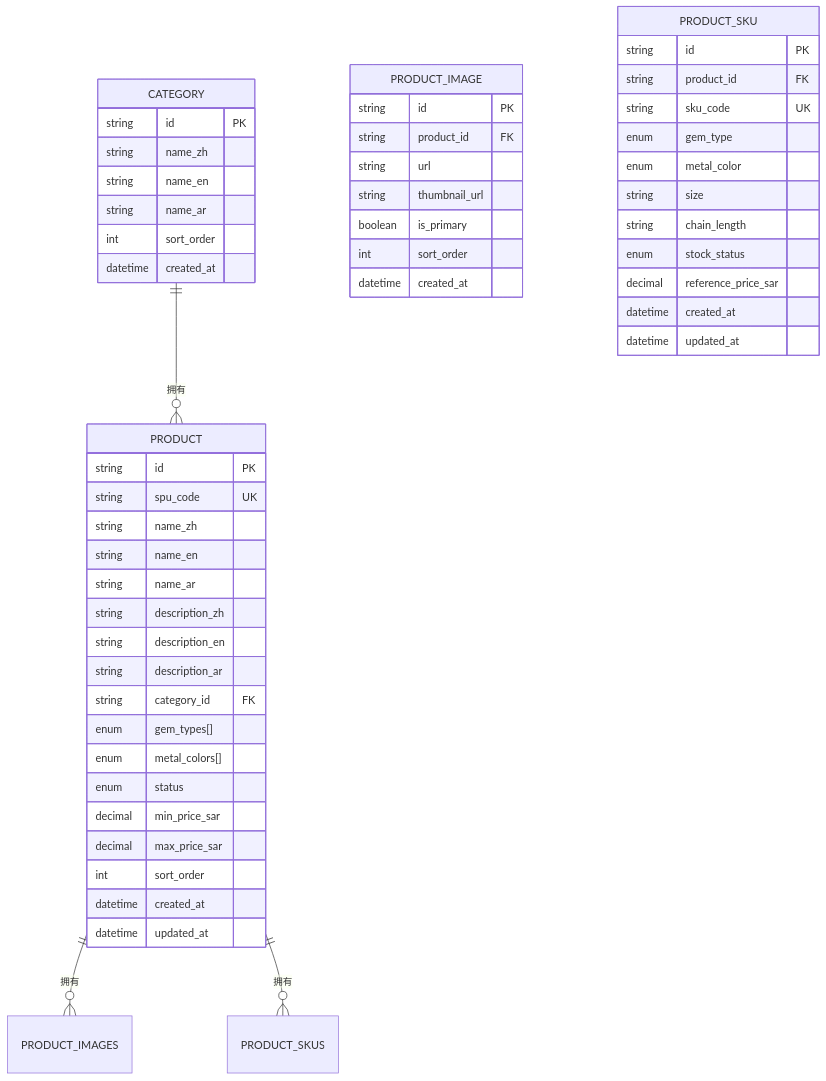
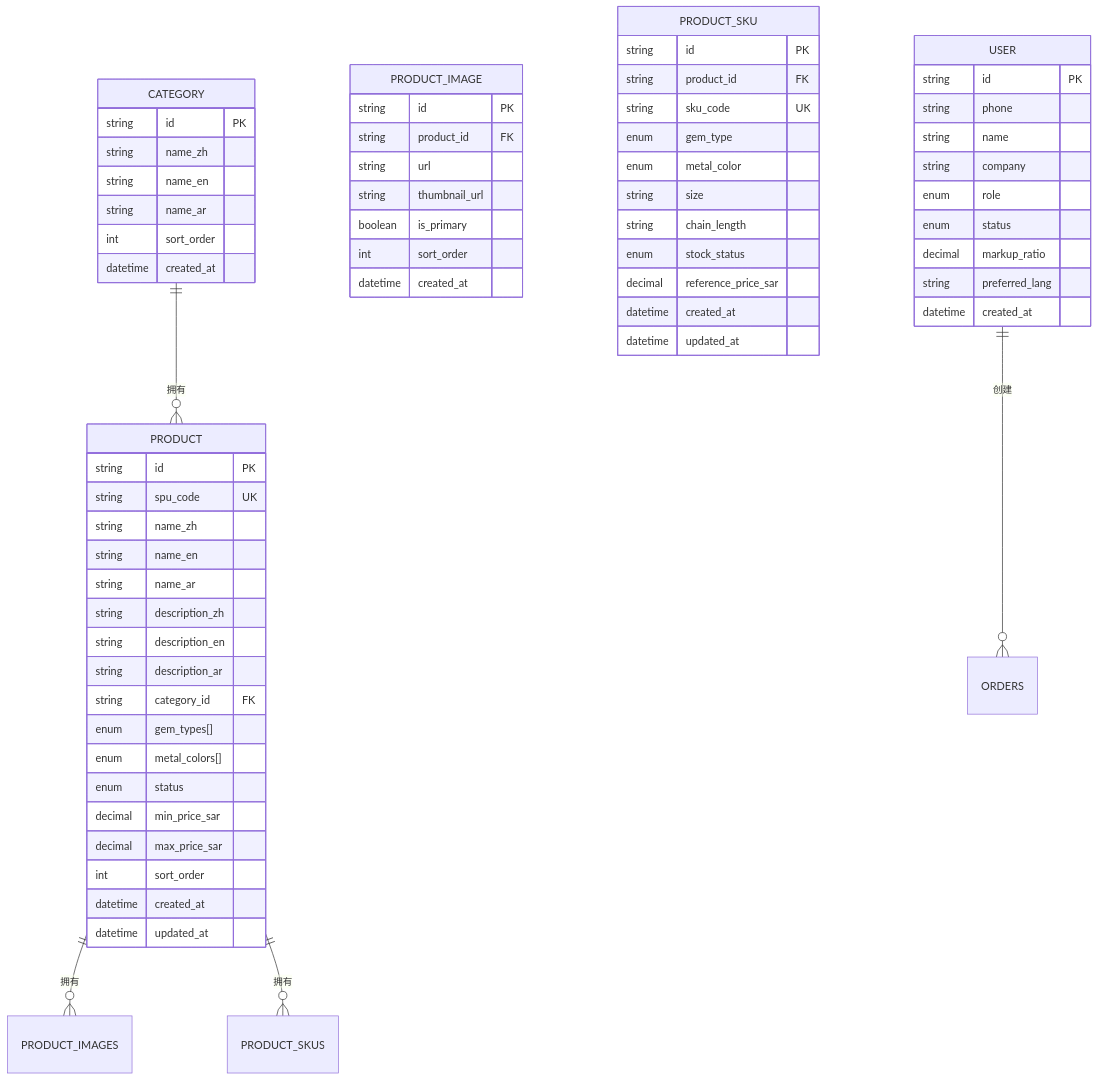
The third of 9 diagrams in .qoder/repowiki/zh/content/前台商店系统/商品展示系统/商品展示系统.md (three3638-arch/celestia_2b), drawn with Mermaid before and after one commit. The commit also changed other lines of this file and 6 other files, not shown here.

Commit message:
fix: logout redirect + feat: customer markup ratio on product prices

````diff
--- a/.qoder/repowiki/zh/content/前台商店系统/商品展示系统/商品展示系统.md
+++ b/.qoder/repowiki/zh/content/前台商店系统/商品展示系统/商品展示系统.md
@@ -209,55 +253,67 @@
 ```mermaid
 erDiagram
 CATEGORY {
 string id PK
 string name_zh
 string name_en
 string name_ar
 int sort_order
 datetime created_at
 }
 PRODUCT {
 string id PK
 string spu_code UK
 string name_zh
 string name_en
 string name_ar
 string description_zh
 string description_en
 string description_ar
 string category_id FK
 enum gem_types[]
 enum metal_colors[]
 enum status
 decimal min_price_sar
 decimal max_price_sar
 int sort_order
 datetime created_at
 datetime updated_at
 }
 PRODUCT_IMAGE {
 string id PK
 string product_id FK
 string url
 string thumbnail_url
 boolean is_primary
 int sort_order
 datetime created_at
 }
 PRODUCT_SKU {
 string id PK
 string product_id FK
 string sku_code UK
 enum gem_type
 enum metal_color
 string size
 string chain_length
 enum stock_status
 decimal reference_price_sar
 datetime created_at
 datetime updated_at
 }
+USER {
+string id PK
+string phone
+string name
+string company
+enum role
+enum status
+decimal markup_ratio
+string preferred_lang
+datetime created_at
+}
 CATEGORY ||--o{ PRODUCT : "拥有"
 PRODUCT ||--o{ PRODUCT_IMAGES : "拥有"
 PRODUCT ||--o{ PRODUCT_SKUS : "拥有"
+USER ||--o{ ORDERS : "创建"
 ```
````
